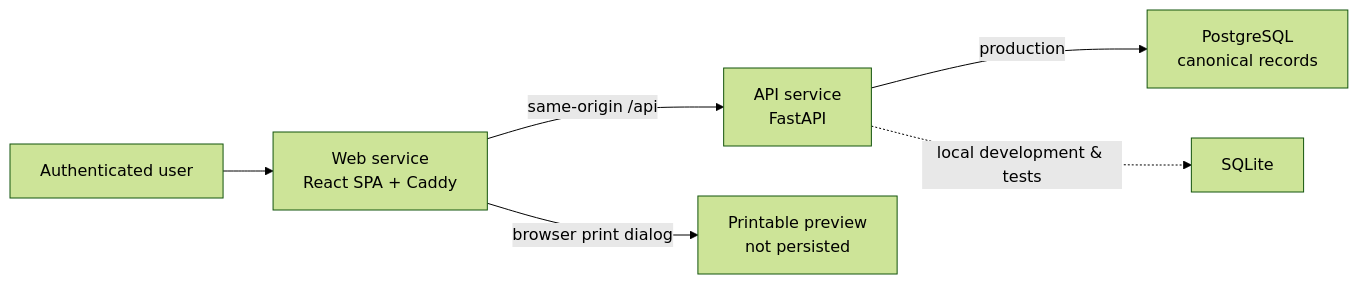
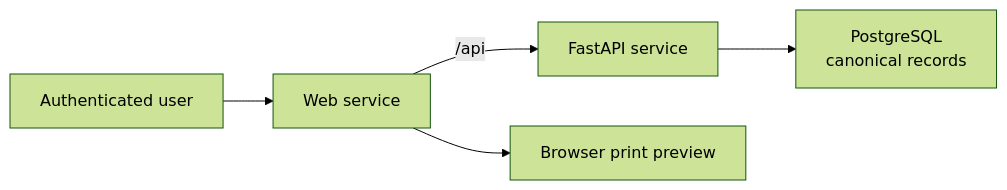
One commit to RahulGusai/pricing-calculator changed the diagram in README.md. Above: the diagram before and after it, drawn with Mermaid (forest theme). The commit also changed other lines of this file, not shown here.

````diff
--- a/README.md
+++ b/README.md
@@ -34,8 +28,7 @@
 ```mermaid
 flowchart LR
-    User["Authenticated user"] --> Web["Web service\nReact SPA + Caddy"]
-    Web -->|"same-origin /api"| API["API service\nFastAPI"]
-    API -->|"production"| Postgres["PostgreSQL\ncanonical records"]
-    API -. "local development & tests" .-> SQLite["SQLite"]
-    Web -->|"browser print dialog"| Preview["Printable preview\nnot persisted"]
+    User["Authenticated user"] --> Web["Web service"]
+    Web -->|"/api"| API["FastAPI service"]
+    API --> Postgres["PostgreSQL\ncanonical records"]
+    Web --> Print["Browser print preview"]
 ```
````
